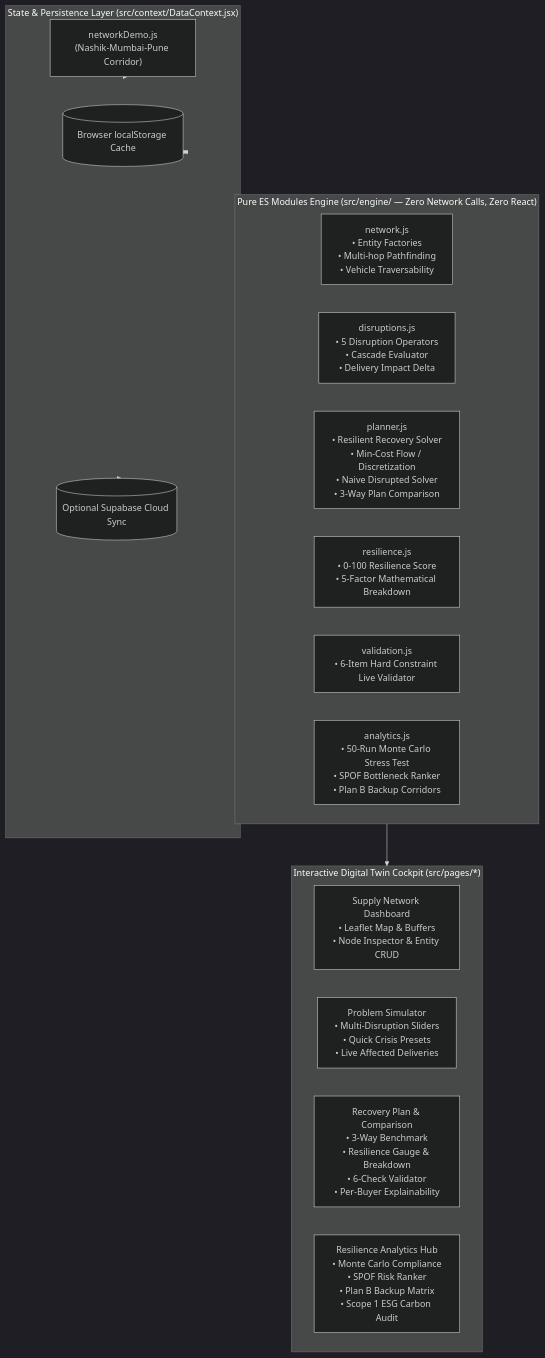
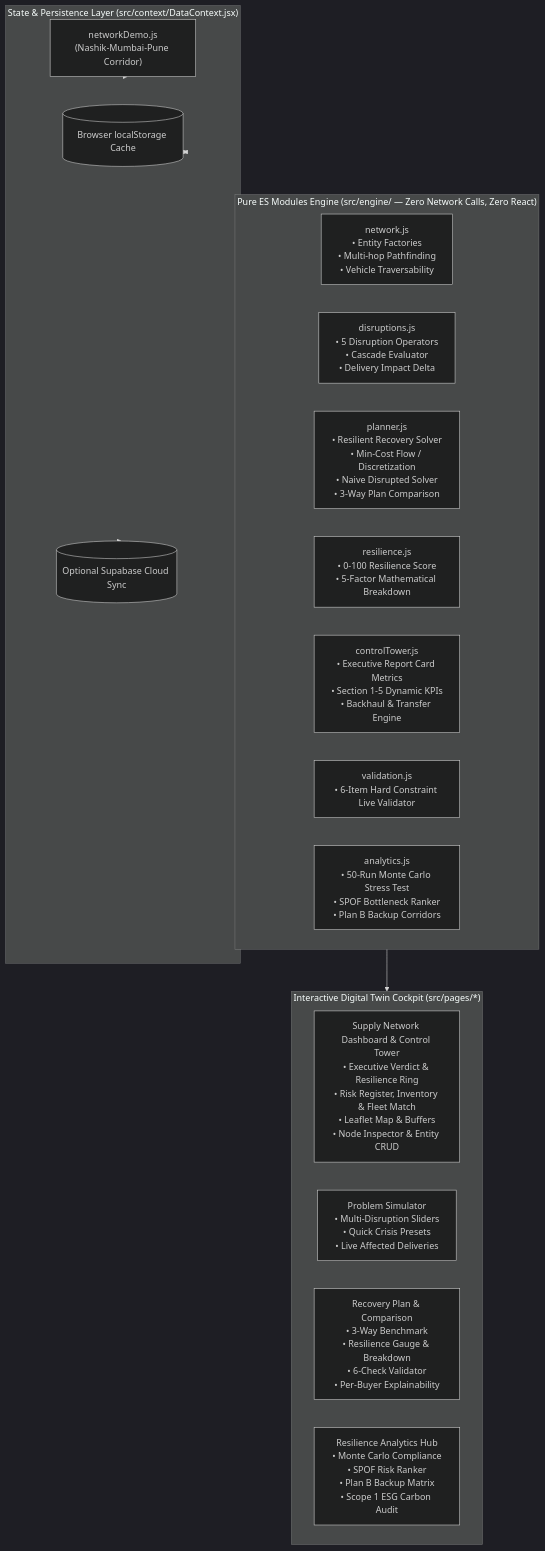
Before and after one commit to arpitahyalij28-dot/ReRouteAI: the diagram in README.md, drawn with Mermaid (dark theme).

Commit message:
docs: document Control Tower architecture and executive metrics in README

````diff
--- a/README.md
+++ b/README.md
@@ -25,30 +25,31 @@
 ```mermaid
 graph TB
     subgraph Engine ["Pure ES Modules Engine (src/engine/ — Zero Network Calls, Zero React)"]
         NetMod["network.js\n• Entity Factories\n• Multi-hop Pathfinding\n• Vehicle Traversability"]
         DisruptMod["disruptions.js\n• 5 Disruption Operators\n• Cascade Evaluator\n• Delivery Impact Delta"]
         PlanMod["planner.js\n• Resilient Recovery Solver\n• Min-Cost Flow / Discretization\n• Naive Disrupted Solver\n• 3-Way Plan Comparison"]
         ResilMod["resilience.js\n• 0-100 Resilience Score\n• 5-Factor Mathematical Breakdown"]
+        TowerMod["controlTower.js\n• Executive Report Card Metrics\n• Section 1-5 Dynamic KPIs\n• Backhaul & Transfer Engine"]
         ValMod["validation.js\n• 6-Item Hard Constraint Live Validator"]
         AnaMod["analytics.js\n• 50-Run Monte Carlo Stress Test\n• SPOF Bottleneck Ranker\n• Plan B Backup Corridors"]
     end
 
     subgraph DataContext ["State & Persistence Layer (src/context/DataContext.jsx)"]
         DemoData["networkDemo.js\n(Nashik-Mumbai-Pune Corridor)"]
         LocalStore[("Browser localStorage Cache")]
         SupaSync[("Optional Supabase Cloud Sync")]
     end
 
     subgraph UserInterface ["Interactive Digital Twin Cockpit (src/pages/*)"]
-        P1["Supply Network Dashboard\n• Leaflet Map & Buffers\n• Node Inspector & Entity CRUD"]
+        P1["Supply Network Dashboard & Control Tower\n• Executive Verdict & Resilience Ring\n• Risk Register, Inventory & Fleet Match\n• Leaflet Map & Buffers\n• Node Inspector & Entity CRUD"]
         P2["Problem Simulator\n• Multi-Disruption Sliders\n• Quick Crisis Presets\n• Live Affected Deliveries"]
         P3["Recovery Plan & Comparison\n• 3-Way Benchmark\n• Resilience Gauge & Breakdown\n• 6-Check Validator\n• Per-Buyer Explainability"]
         P4["Resilience Analytics Hub\n• Monte Carlo Compliance\n• SPOF Risk Ranker\n• Plan B Backup Matrix\n• Scope 1 ESG Carbon Audit"]
     end
 
     DemoData --> DataContext
     DataContext <--> LocalStore
     DataContext -.-> SupaSync
     DataContext --> Engine
     Engine --> UserInterface
 ```
````
